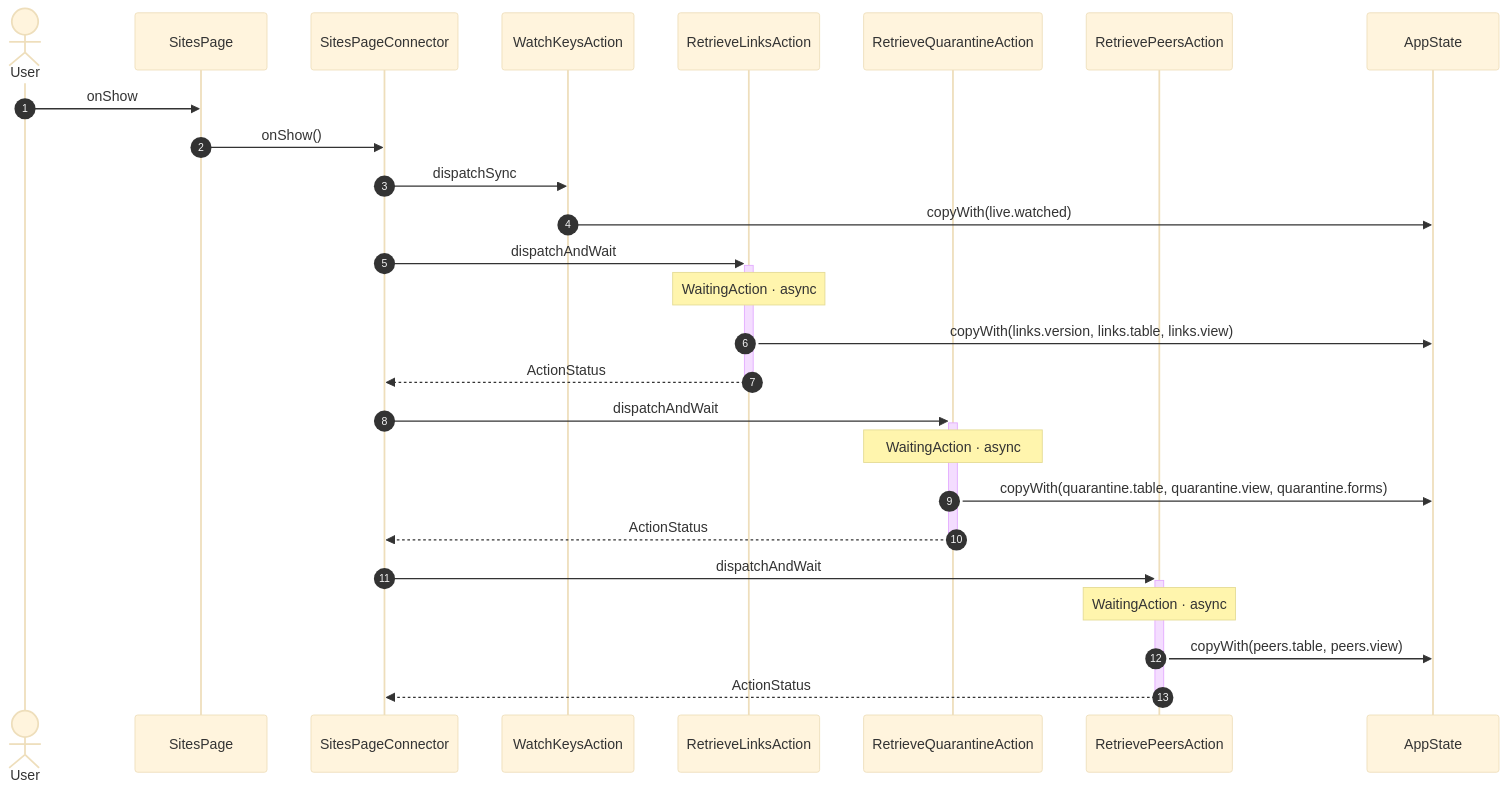
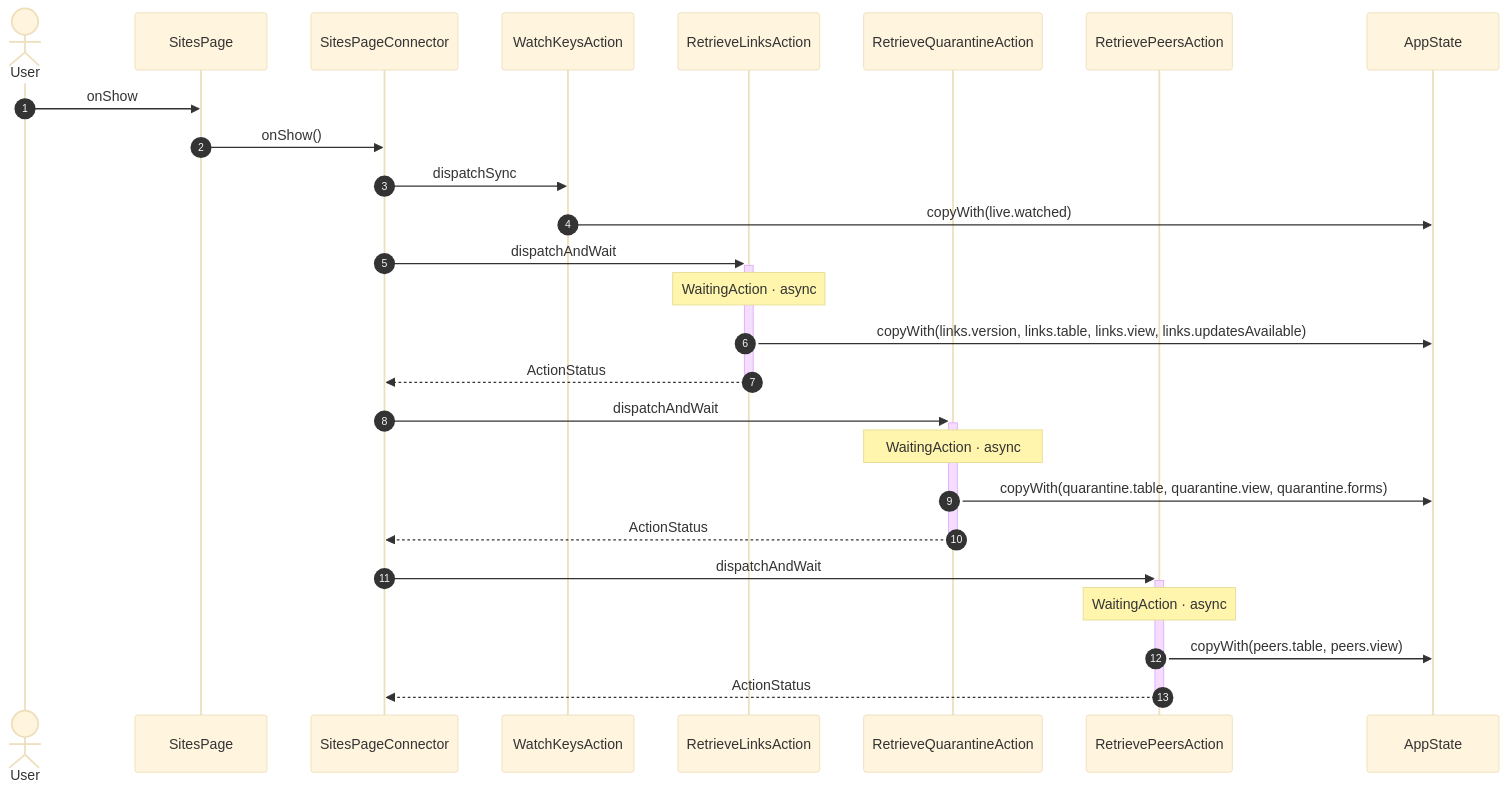
The first of 8 diagrams in studio/docs/flows/sites.md (gencto/wyrm), drawn with Mermaid (base theme) before and after one commit. The commit also changed other lines of this file and 131 other files, not shown here.

````diff
--- a/studio/docs/flows/sites.md
+++ b/studio/docs/flows/sites.md
@@ -9,29 +9,29 @@
 ```mermaid
 sequenceDiagram
     autonumber
     actor User
     participant UI as SitesPage
     participant VM as SitesPageConnector
     participant A1 as WatchKeysAction
     participant A2 as RetrieveLinksAction
     participant A3 as RetrieveQuarantineAction
     participant A4 as RetrievePeersAction
     participant ST as AppState
 
     User->>UI: onShow
     UI->>VM: onShow()
     VM->>A1: dispatchSync
     A1->>ST: copyWith(live.watched)
     VM->>+A2: dispatchAndWait
     Note over A2: WaitingAction · async
-    A2->>ST: copyWith(links.version, links.table, links.view)
+    A2->>ST: copyWith(links.version, links.table, links.view, links.updatesAvailable)
     A2-->>-VM: ActionStatus
     VM->>+A3: dispatchAndWait
     Note over A3: WaitingAction · async
     A3->>ST: copyWith(quarantine.table, quarantine.view, quarantine.forms)
     A3-->>-VM: ActionStatus
     VM->>+A4: dispatchAndWait
     Note over A4: WaitingAction · async
     A4->>ST: copyWith(peers.table, peers.view)
     A4-->>-VM: ActionStatus
 ```
````
